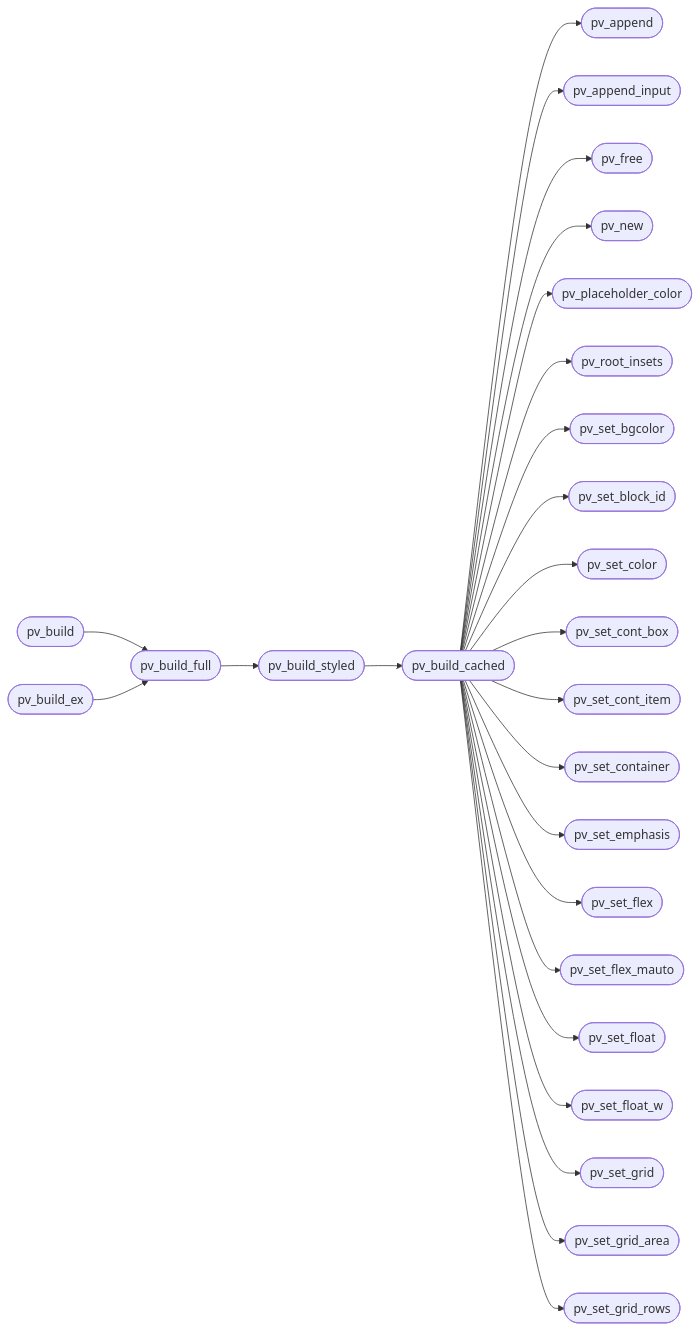
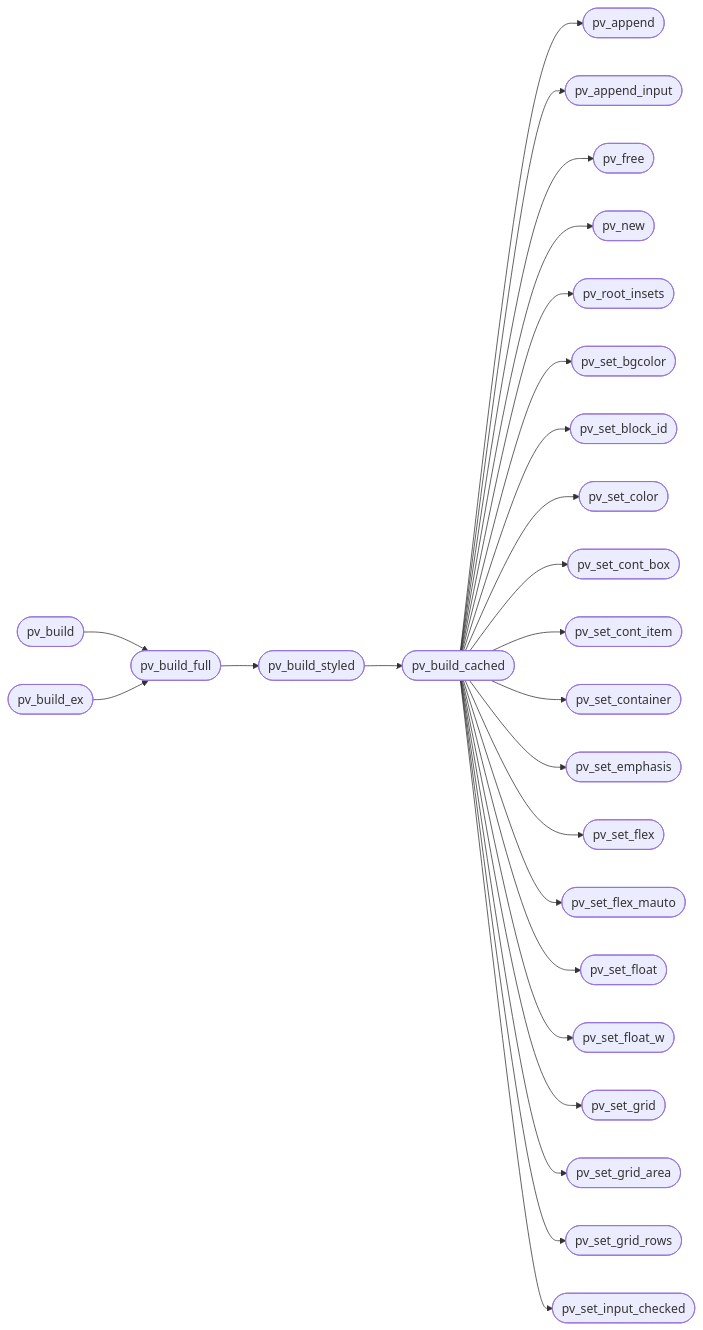
Before and after one commit to grisuno/FreeDom: the second of 2 diagrams in readmenator-apidocs/modules/src.page_view.c.md, drawn with Mermaid. The commit also changed other lines of this file and 153 other files, not shown here.

````diff
--- a/readmenator-apidocs/modules/src.page_view.c.md
+++ b/readmenator-apidocs/modules/src.page_view.c.md
@@ -68,52 +68,52 @@
 ```mermaid
 flowchart LR
     n_src_page_view_c__pv_build(["pv_build"])
     n_src_page_view_c__pv_build_full(["pv_build_full"])
     n_src_page_view_c__pv_build_ex(["pv_build_ex"])
     n_src_page_view_c__pv_build_styled(["pv_build_styled"])
     n_src_page_view_c__pv_build_cached(["pv_build_cached"])
     n_src_page_view_c__pv_append(["pv_append"])
     n_src_page_view_c__pv_append_input(["pv_append_input"])
     n_src_page_view_c__pv_free(["pv_free"])
     n_src_page_view_c__pv_new(["pv_new"])
-    n_src_page_view_c__pv_placeholder_color(["pv_placeholder_color"])
     n_src_page_view_c__pv_root_insets(["pv_root_insets"])
     n_src_page_view_c__pv_set_bgcolor(["pv_set_bgcolor"])
     n_src_page_view_c__pv_set_block_id(["pv_set_block_id"])
     n_src_page_view_c__pv_set_color(["pv_set_color"])
     n_src_page_view_c__pv_set_cont_box(["pv_set_cont_box"])
     n_src_page_view_c__pv_set_cont_item(["pv_set_cont_item"])
     n_src_page_view_c__pv_set_container(["pv_set_container"])
     n_src_page_view_c__pv_set_emphasis(["pv_set_emphasis"])
     n_src_page_view_c__pv_set_flex(["pv_set_flex"])
     n_src_page_view_c__pv_set_flex_mauto(["pv_set_flex_mauto"])
     n_src_page_view_c__pv_set_float(["pv_set_float"])
     n_src_page_view_c__pv_set_float_w(["pv_set_float_w"])
     n_src_page_view_c__pv_set_grid(["pv_set_grid"])
     n_src_page_view_c__pv_set_grid_area(["pv_set_grid_area"])
     n_src_page_view_c__pv_set_grid_rows(["pv_set_grid_rows"])
+    n_src_page_view_c__pv_set_input_checked(["pv_set_input_checked"])
     n_src_page_view_c__pv_build --> n_src_page_view_c__pv_build_full
     n_src_page_view_c__pv_build_ex --> n_src_page_view_c__pv_build_full
     n_src_page_view_c__pv_build_full --> n_src_page_view_c__pv_build_styled
     n_src_page_view_c__pv_build_styled --> n_src_page_view_c__pv_build_cached
     n_src_page_view_c__pv_build_cached --> n_src_page_view_c__pv_append
     n_src_page_view_c__pv_build_cached --> n_src_page_view_c__pv_append_input
     n_src_page_view_c__pv_build_cached --> n_src_page_view_c__pv_free
     n_src_page_view_c__pv_build_cached --> n_src_page_view_c__pv_new
-    n_src_page_view_c__pv_build_cached --> n_src_page_view_c__pv_placeholder_color
     n_src_page_view_c__pv_build_cached --> n_src_page_view_c__pv_root_insets
     n_src_page_view_c__pv_build_cached --> n_src_page_view_c__pv_set_bgcolor
     n_src_page_view_c__pv_build_cached --> n_src_page_view_c__pv_set_block_id
     n_src_page_view_c__pv_build_cached --> n_src_page_view_c__pv_set_color
     n_src_page_view_c__pv_build_cached --> n_src_page_view_c__pv_set_cont_box
     n_src_page_view_c__pv_build_cached --> n_src_page_view_c__pv_set_cont_item
     n_src_page_view_c__pv_build_cached --> n_src_page_view_c__pv_set_container
     n_src_page_view_c__pv_build_cached --> n_src_page_view_c__pv_set_emphasis
     n_src_page_view_c__pv_build_cached --> n_src_page_view_c__pv_set_flex
     n_src_page_view_c__pv_build_cached --> n_src_page_view_c__pv_set_flex_mauto
     n_src_page_view_c__pv_build_cached --> n_src_page_view_c__pv_set_float
     n_src_page_view_c__pv_build_cached --> n_src_page_view_c__pv_set_float_w
     n_src_page_view_c__pv_build_cached --> n_src_page_view_c__pv_set_grid
     n_src_page_view_c__pv_build_cached --> n_src_page_view_c__pv_set_grid_area
     n_src_page_view_c__pv_build_cached --> n_src_page_view_c__pv_set_grid_rows
+    n_src_page_view_c__pv_build_cached --> n_src_page_view_c__pv_set_input_checked
 ```
````
